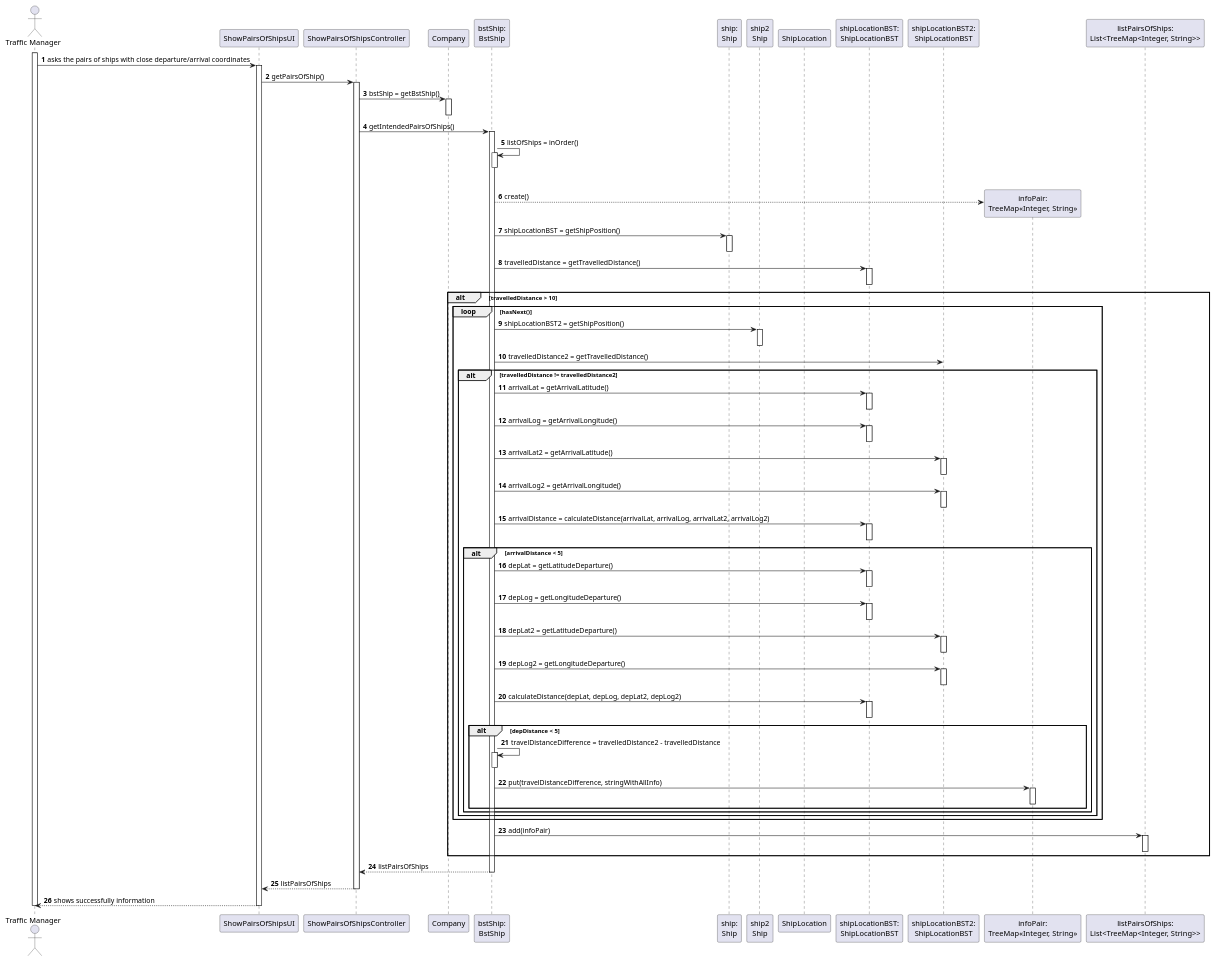
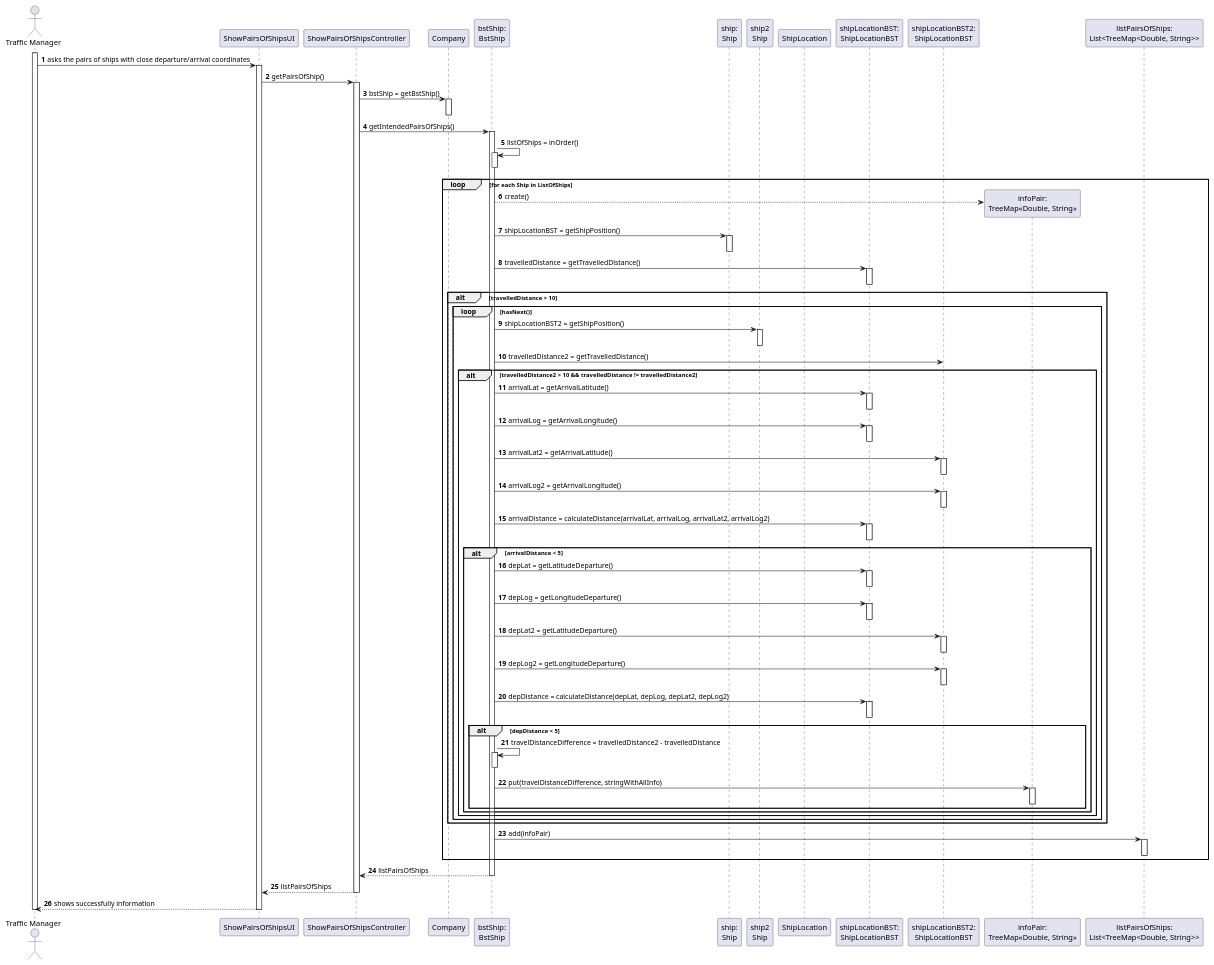
One commit to 0franciscor/lapr3-2021-g042 changed the diagram in docs/US107/US107_SD.puml. Above: the diagram before and after it, drawn with PlantUML. The commit also changed 7 other files, not shown here.

```diff
--- a/docs/US107/US107_SD.puml
+++ b/docs/US107/US107_SD.puml
@@ -1,110 +1,111 @@
 @startuml
 
 
 autonumber
 actor "Traffic Manager" as TM
 
 participant "ShowPairsOfShipsUI" as UI
 participant "ShowPairsOfShipsController" as CTRL
 participant "Company" as COMP
 participant "bstShip:\nBstShip" as BstShip
 participant "ship:\nShip" as S
 participant "ship2\nShip" as S2
 participant "ShipLocation" as SP
 participant "shipLocationBST:\nShipLocationBST" as BstPosition
 participant "shipLocationBST2:\nShipLocationBST" as BstPosition2
-participant "infoPair:\nTreeMap<<Integer, String>>" as TREEMAP
-participant "listPairsOfShips:\nList<TreeMap<Integer, String>>" as LIST
+participant "infoPair:\nTreeMap<<Double, String>>" as TREEMAP
+participant "listPairsOfShips:\nList<TreeMap<Double, String>>" as LIST
 
 
 activate TM
 TM -> "UI" : asks the pairs of ships with close departure/arrival coordinates
 activate "UI"
 UI -> CTRL : getPairsOfShip()
 activate CTRL
 CTRL -> COMP : bstShip = getBstShip()
 activate COMP
 deactivate COMP
 CTRL -> BstShip : getIntendedPairsOfShips()
 /'decide what kind of list'/
 activate BstShip
 BstShip -> BstShip : listOfShips = inOrder()
 activate BstShip
 deactivate BstShip
 loop for each Ship in ListOfShips
 BstShip --> TREEMAP** : create()
 BstShip -> S : shipLocationBST = getShipPosition()
 activate S
 deactivate S
 BstShip -> BstPosition : travelledDistance = getTravelledDistance()
 activate BstPosition
 deactivate BstPosition
 alt travelledDistance > 10
 loop hasNext()
 BstShip -> S2 : shipLocationBST2 = getShipPosition()
 activate S2
 deactivate S2
 BstShip -> BstPosition2 : travelledDistance2 = getTravelledDistance()
-alt travelledDistance != travelledDistance2
+alt travelledDistance2 > 10 && travelledDistance != travelledDistance2
 BstShip -> BstPosition : arrivalLat = getArrivalLatitude()
 activate BstPosition
 deactivate BstPosition
 BstShip -> BstPosition : arrivalLog = getArrivalLongitude()
 activate BstPosition
 deactivate BstPosition
 BstShip -> BstPosition2 : arrivalLat2 = getArrivalLatitude()
 activate BstPosition2
 deactivate BstPosition2
 BstShip -> BstPosition2 : arrivalLog2 = getArrivalLongitude()
 activate BstPosition2
 deactivate BstPosition2
 BstShip -> BstPosition : arrivalDistance = calculateDistance(arrivalLat, arrivalLog, arrivalLat2, arrivalLog2)
 activate BstPosition
 deactivate BstPosition
 alt arrivalDistance < 5
 BstShip -> BstPosition : depLat = getLatitudeDeparture()
 activate BstPosition
 deactivate BstPosition
 BstShip -> BstPosition : depLog = getLongitudeDeparture()
 activate BstPosition
 deactivate BstPosition
 BstShip -> BstPosition2 : depLat2 = getLatitudeDeparture()
 activate BstPosition2
 deactivate BstPosition2
 BstShip -> BstPosition2 : depLog2 = getLongitudeDeparture()
 activate BstPosition2
 deactivate BstPosition2
-BstShip -> BstPosition : calculateDistance(depLat, depLog, depLat2, depLog2)
+BstShip -> BstPosition : depDistance = calculateDistance(depLat, depLog, depLat2, depLog2)
 activate BstPosition
 deactivate BstPosition
 alt depDistance < 5
 BstShip -> BstShip: travelDistanceDifference = travelledDistance2 - travelledDistance
 activate BstShip
 deactivate BstShip
 BstShip -> TREEMAP : put(travelDistanceDifference, stringWithAllInfo)
 activate TREEMAP
 deactivate TREEMAP
+end
 end
 end
 end
 end
 BstShip -> LIST : add(infoPair)
 activate LIST
 deactivate LIST
 end
 
 BstShip --> CTRL : listPairsOfShips
 deactivate BstShip
 CTRL --> UI : listPairsOfShips
 deactivate CTRL
 "UI" --> TM : shows successfully information
 
 deactivate "UI"
 
 
 
 
 
 deactivate TM
 
 @enduml
```
